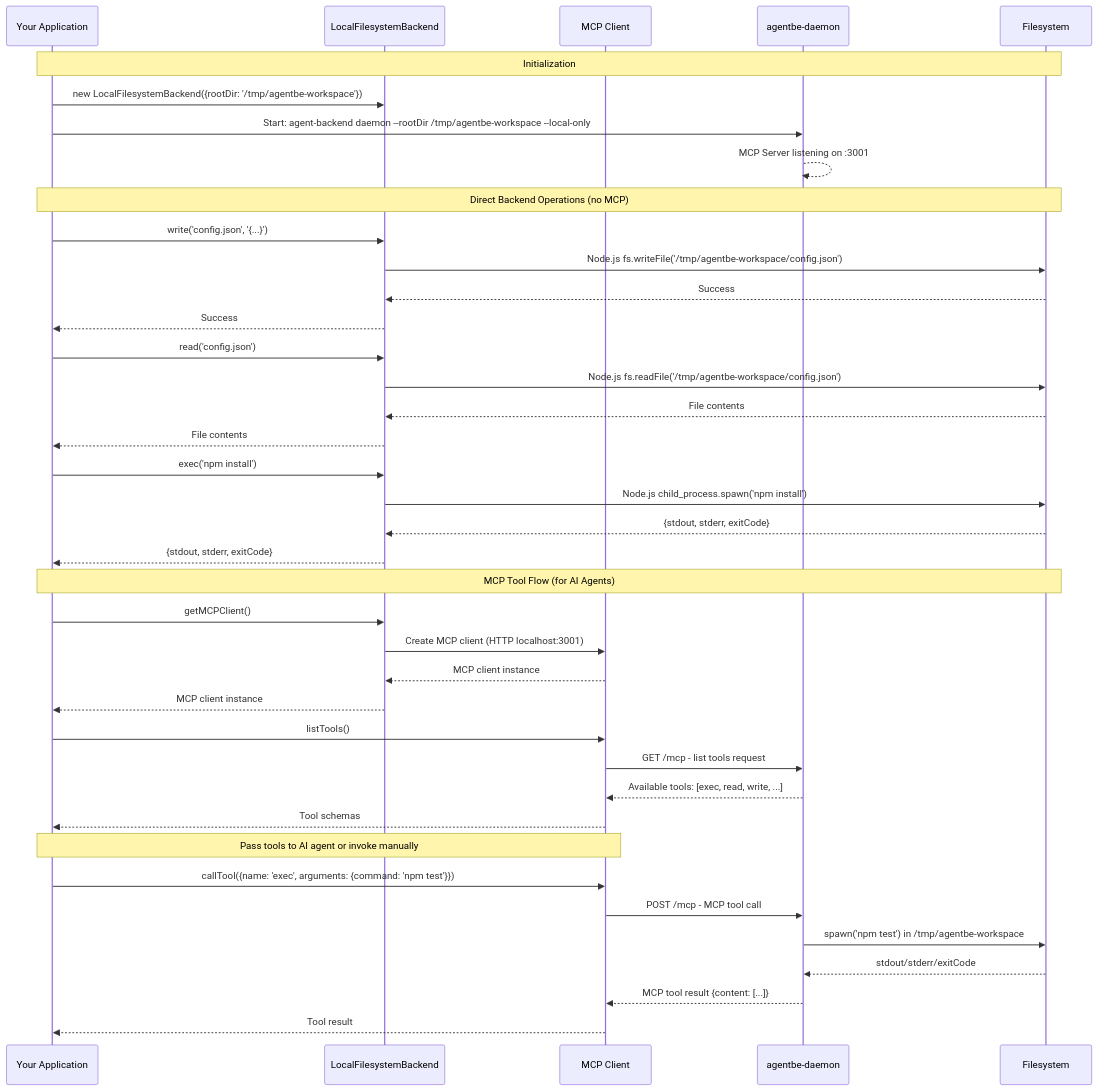
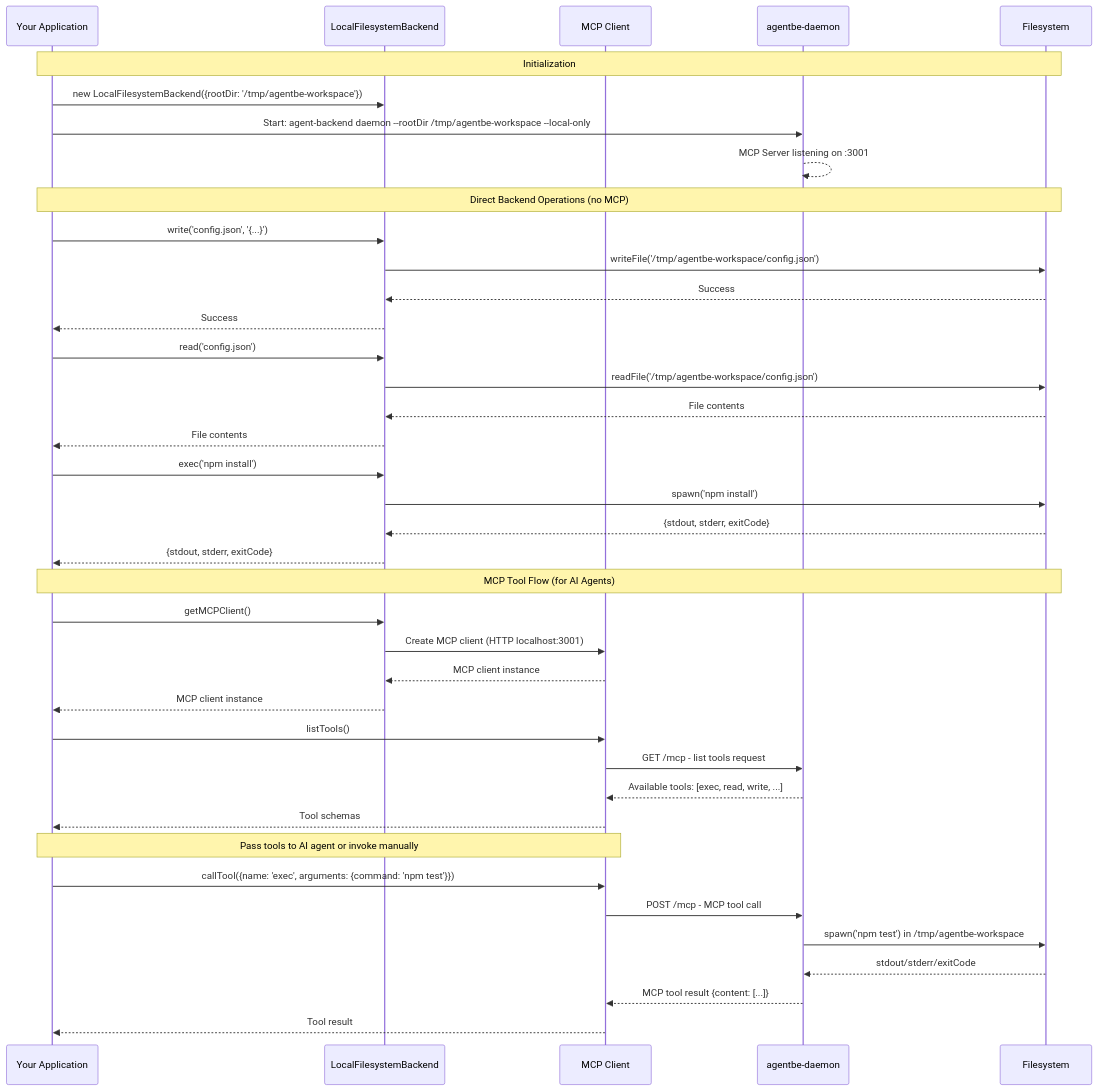
One commit to deepagents-ai/agent-backend changed the third of 7 diagrams in docs/architecture.md. Above: the diagram before and after it, drawn with Mermaid. The commit also changed other lines of this file and 17 other files, not shown here.

````diff
--- a/docs/architecture.md
+++ b/docs/architecture.md
@@ -136,48 +136,48 @@
 ```mermaid
 sequenceDiagram
     participant App as Your Application
     participant LFB as LocalFilesystemBackend
     participant MCP as MCP Client
     participant Daemon as agentbe-daemon
     participant FS as Filesystem
 
     Note over App,FS: Initialization
     App->>LFB: new LocalFilesystemBackend({rootDir: '/tmp/agentbe-workspace'})
     App->>Daemon: Start: agent-backend daemon --rootDir /tmp/agentbe-workspace --local-only
     Daemon-->>Daemon: MCP Server listening on :3001
 
     Note over App,FS: Direct Backend Operations (no MCP)
     App->>LFB: write('config.json', '{...}')
-    LFB->>FS: Node.js fs.writeFile('/tmp/agentbe-workspace/config.json')
+    LFB->>FS: writeFile('/tmp/agentbe-workspace/config.json')
     FS-->>LFB: Success
     LFB-->>App: Success
 
     App->>LFB: read('config.json')
-    LFB->>FS: Node.js fs.readFile('/tmp/agentbe-workspace/config.json')
+    LFB->>FS: readFile('/tmp/agentbe-workspace/config.json')
     FS-->>LFB: File contents
     LFB-->>App: File contents
 
     App->>LFB: exec('npm install')
-    LFB->>FS: Node.js child_process.spawn('npm install')
+    LFB->>FS: spawn('npm install')
     FS-->>LFB: {stdout, stderr, exitCode}
     LFB-->>App: {stdout, stderr, exitCode}
 
     Note over App,FS: MCP Tool Flow (for AI Agents)
     App->>LFB: getMCPClient()
     LFB->>MCP: Create MCP client (HTTP localhost:3001)
     MCP-->>LFB: MCP client instance
     LFB-->>App: MCP client instance
 
     App->>MCP: listTools()
     MCP->>Daemon: GET /mcp - list tools request
     Daemon-->>MCP: Available tools: [exec, read, write, ...]
     MCP-->>App: Tool schemas
 
     Note over App,MCP: Pass tools to AI agent or invoke manually
     App->>MCP: callTool({name: 'exec', arguments: {command: 'npm test'}})
     MCP->>Daemon: POST /mcp - MCP tool call
     Daemon->>FS: spawn('npm test') in /tmp/agentbe-workspace
     FS-->>Daemon: stdout/stderr/exitCode
     Daemon-->>MCP: MCP tool result {content: [...]}
     MCP-->>App: Tool result
 ```
````
